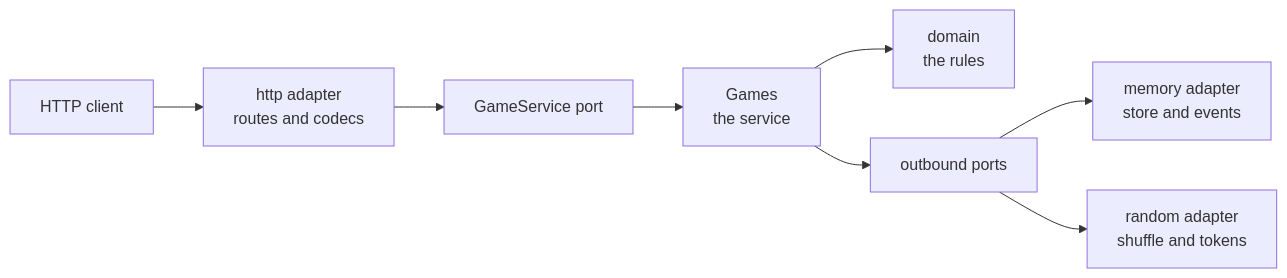
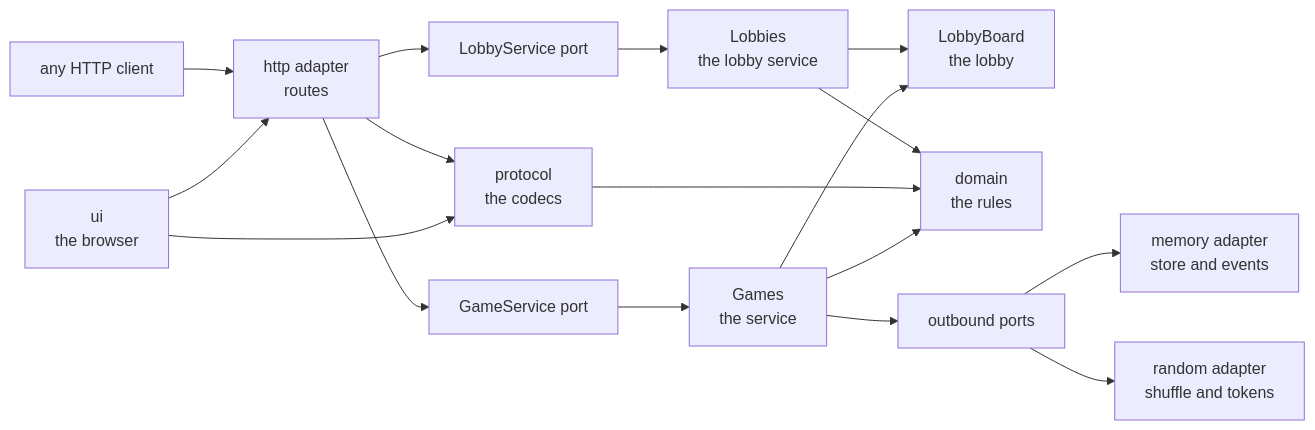
Before and after one commit to wiggly/gin: the first of 2 diagrams in docs/DESIGN.md, drawn with Mermaid. The commit also changed other lines of this file and 82 other files, not shown here.

````diff
--- a/docs/DESIGN.md
+++ b/docs/DESIGN.md
@@ -25,10 +29,19 @@
 ```mermaid
 flowchart LR
-    HTTP["HTTP client"] --> Routes["http adapter<br/>routes and codecs"]
+    Browser["ui<br/>the browser"] --> Routes
+    HTTP["any HTTP client"] --> Routes["http adapter<br/>routes"]
+    Browser --> Codecs["protocol<br/>the codecs"]
+    Routes --> Codecs
     Routes --> Service["GameService port"]
+    Routes --> LobbyPort["LobbyService port"]
     Service --> Games["Games<br/>the service"]
+    LobbyPort --> Lobbies["Lobbies<br/>the lobby service"]
+    Games --> Board
+    Lobbies --> Board["LobbyBoard<br/>the lobby"]
     Games --> Domain["domain<br/>the rules"]
+    Codecs --> Domain
     Games --> Out["outbound ports"]
+    Lobbies --> Domain
     Out --> Memory["memory adapter<br/>store and events"]
     Out --> Random["random adapter<br/>shuffle and tokens"]
 ```
````
